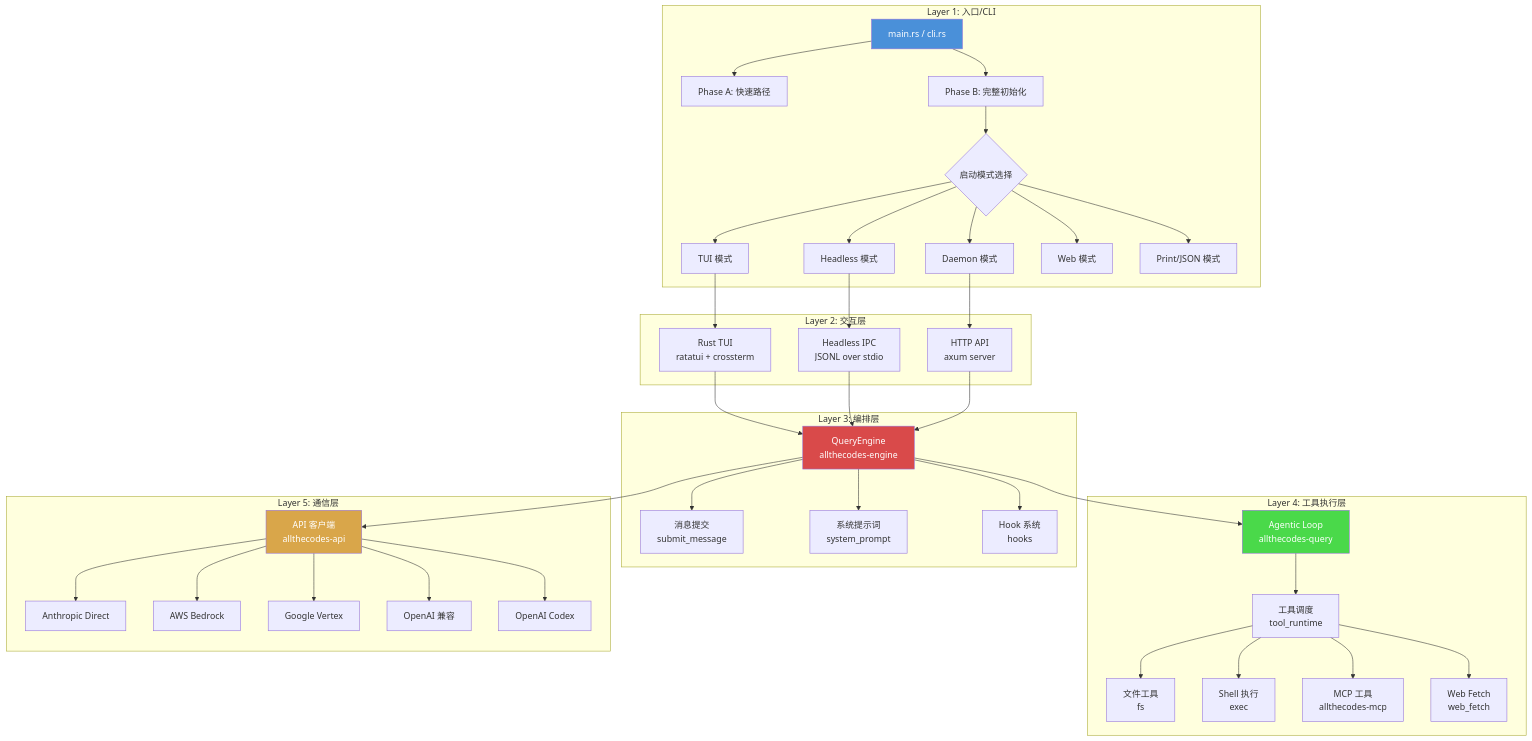
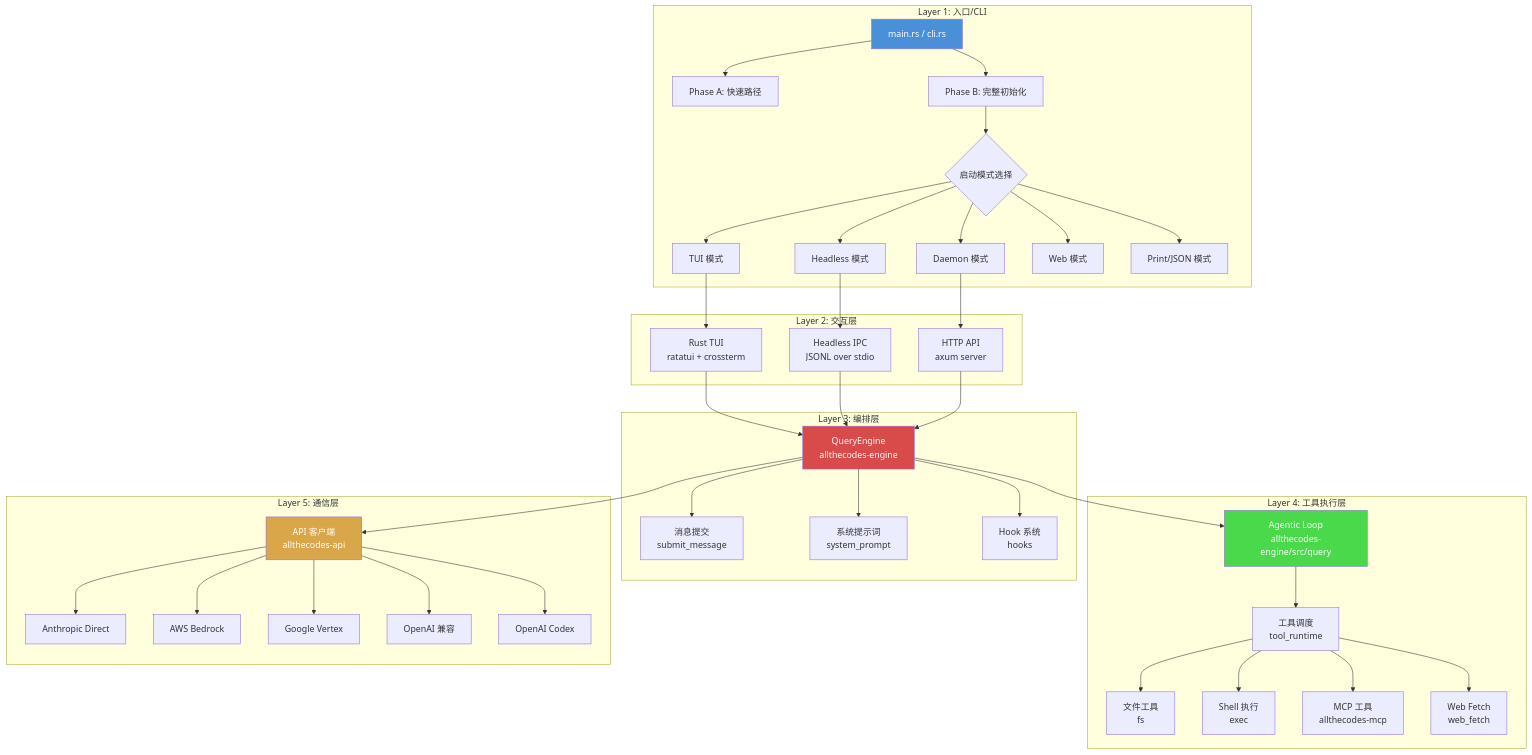
Before and after one commit to Crsei/allthecodes: the first of 6 diagrams in docs/architecture/introduction/architecture-overview.md, drawn with Mermaid. The commit also changed other lines of this file and 11 other files, not shown here.

First line of the commit message:
Refresh architecture docs for crate path migration

````diff
--- a/docs/architecture/introduction/architecture-overview.md
+++ b/docs/architecture/introduction/architecture-overview.md
@@ -11,51 +11,51 @@
 ```mermaid
 graph TD
     subgraph "Layer 1: 入口/CLI"
         A1[main.rs / cli.rs] --> A2[Phase A: 快速路径]
         A1 --> A3[Phase B: 完整初始化]
         A3 --> A4{启动模式选择}
         A4 --> TUI[TUI 模式]
         A4 --> HD[Headless 模式]
         A4 --> DAEMON[Daemon 模式]
         A4 --> WEB[Web 模式]
         A4 --> PRINT[Print/JSON 模式]
     end
 
     subgraph "Layer 2: 交互层"
         TUI --> B1[Rust TUI<br/>ratatui + crossterm]
         HD --> B2[Headless IPC<br/>JSONL over stdio]
         DAEMON --> B3[HTTP API<br/>axum server]
     end
 
     subgraph "Layer 3: 编排层"
         B1 --> C1[QueryEngine<br/>allthecodes-engine]
         B2 --> C1
         B3 --> C1
         C1 --> C2[消息提交<br/>submit_message]
         C1 --> C3[系统提示词<br/>system_prompt]
         C1 --> C4[Hook 系统<br/>hooks]
     end
 
     subgraph "Layer 4: 工具执行层"
-        C1 --> D1[Agentic Loop<br/>allthecodes-query]
+        C1 --> D1[Agentic Loop<br/>allthecodes-engine/src/query]
         D1 --> D2[工具调度<br/>tool_runtime]
         D2 --> D3[文件工具<br/>fs]
         D2 --> D4[Shell 执行<br/>exec]
         D2 --> D5[MCP 工具<br/>allthecodes-mcp]
         D2 --> D6[Web Fetch<br/>web_fetch]
     end
 
     subgraph "Layer 5: 通信层"
         C1 --> E1[API 客户端<br/>allthecodes-api]
         E1 --> E2[Anthropic Direct]
         E1 --> E3[AWS Bedrock]
         E1 --> E4[Google Vertex]
         E1 --> E5[OpenAI 兼容]
         E1 --> E6[OpenAI Codex]
     end
 
     style A1 fill:#4a90d9,color:#fff
     style C1 fill:#d94a4a,color:#fff
     style D1 fill:#4ad94a,color:#fff
     style E1 fill:#d9a64a,color:#fff
 ```
````
